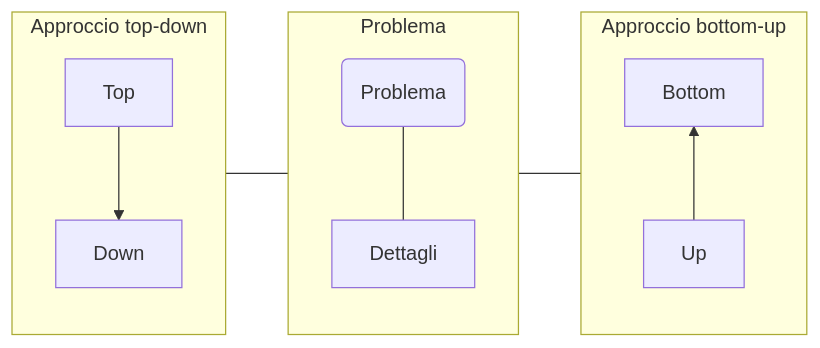
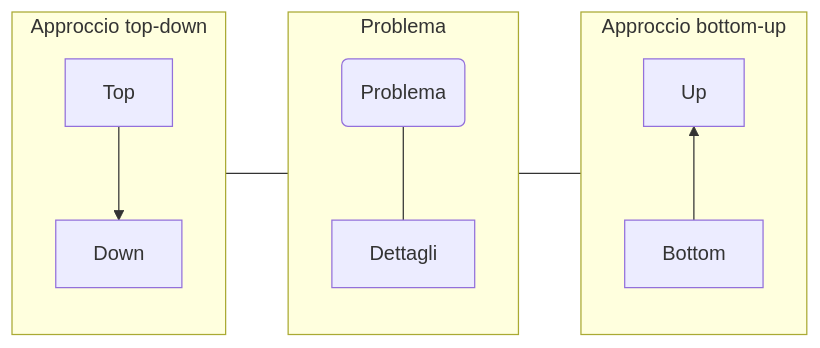
Before and after one commit to Samplasion/informatica: the diagram in _posts/2022-08-29-parametri.md, drawn with Mermaid. The commit also changed other lines of this file, not shown here.

Commit message:
Correzione errore

```diff
--- a/_posts/2022-08-29-parametri.md
+++ b/_posts/2022-08-29-parametri.md
@@ -23,21 +23,21 @@
 {% mermaid %}
 graph LR
 
 subgraph TD [Approccio top-down]
   direction TB
   Top --> Down
 end
 
 subgraph PD [Problema]
   direction TB
   P(Problema) --- Dettagli
 end
 
 subgraph BU [Approccio bottom-up]
   direction BT
   %% viene invertito nel grafico finale
-  Up --> Bottom
+  Bottom --> Up
 end
 
 TD --- PD --- BU
 {% endmermaid %}
```
